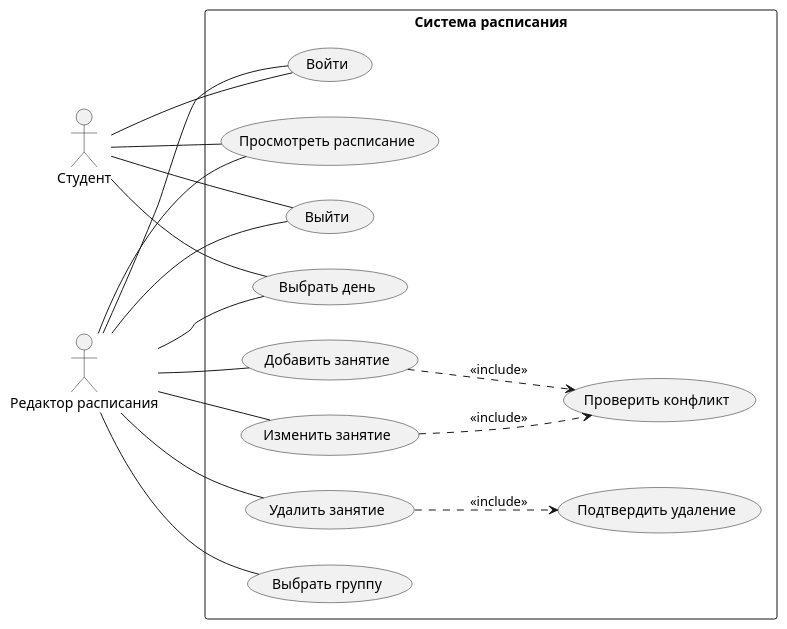
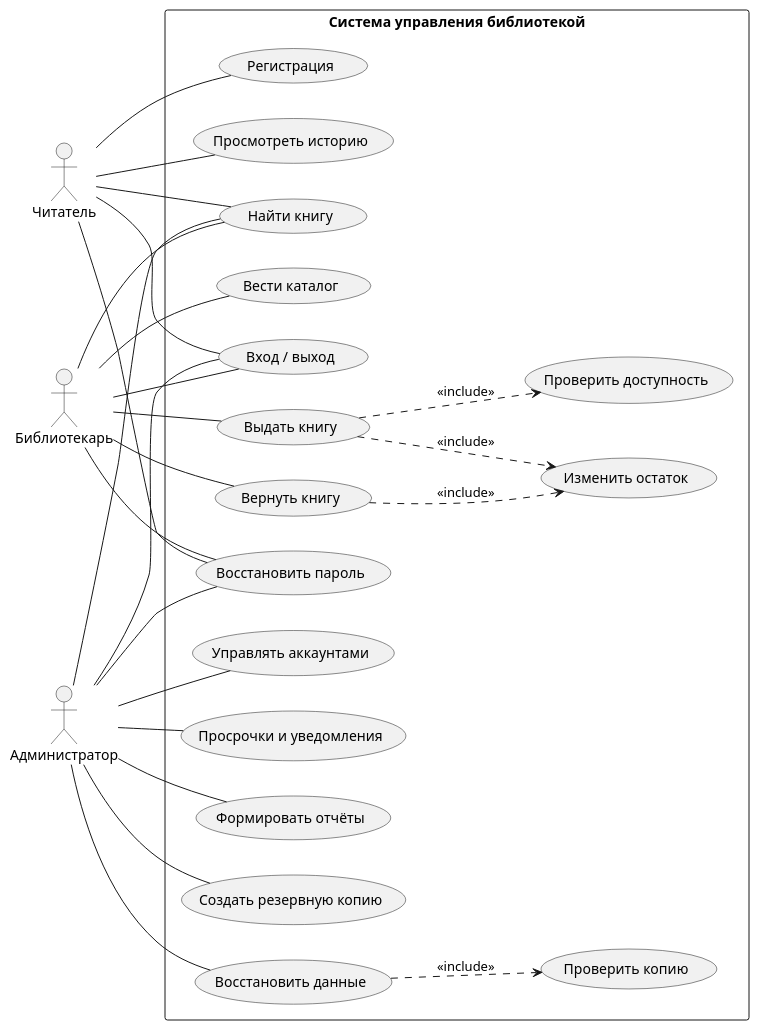
One commit to danmerced/inai-coursework changed the diagram in semester-02/software-engineering/uml/use-case.puml. Above: the diagram before and after it, drawn with PlantUML. The commit also changed 21 other files, not shown here.

```diff
--- a/semester-02/software-engineering/uml/use-case.puml
+++ b/semester-02/software-engineering/uml/use-case.puml
@@ -1,32 +1,47 @@
 @startuml
 left to right direction
-actor "Студент" as Student
-actor "Редактор расписания" as Editor
-rectangle "Система расписания" {
-  usecase "Войти" as Login
-  usecase "Просмотреть расписание" as View
-  usecase "Выбрать день" as Day
-  usecase "Выбрать группу" as Group
-  usecase "Добавить занятие" as Add
-  usecase "Изменить занятие" as Edit
-  usecase "Удалить занятие" as Delete
-  usecase "Проверить конфликт" as Validate
-  usecase "Подтвердить удаление" as Confirm
-  usecase "Выйти" as Logout
+actor "Читатель" as Reader
+actor "Библиотекарь" as Librarian
+actor "Администратор" as Admin
+rectangle "Система управления библиотекой" {
+  usecase "Регистрация" as Register
+  usecase "Вход / выход" as Login
+  usecase "Восстановить пароль" as Password
+  usecase "Найти книгу" as Find
+  usecase "Просмотреть историю" as History
+  usecase "Вести каталог" as Catalog
+  usecase "Выдать книгу" as Issue
+  usecase "Вернуть книгу" as Return
+  usecase "Проверить доступность" as Available
+  usecase "Изменить остаток" as Stock
+  usecase "Управлять аккаунтами" as Accounts
+  usecase "Просрочки и уведомления" as Overdue
+  usecase "Формировать отчёты" as Reports
+  usecase "Создать резервную копию" as Backup
+  usecase "Восстановить данные" as Restore
+  usecase "Проверить копию" as Verify
 }
-Student -- Login
-Student -- View
-Student -- Day
-Student -- Logout
-Editor -- Login
-Editor -- View
-Editor -- Group
-Editor -- Day
-Editor -- Add
-Editor -- Edit
-Editor -- Delete
-Editor -- Logout
-Add ..> Validate : <<include>>
-Edit ..> Validate : <<include>>
-Delete ..> Confirm : <<include>>
+Reader -- Register
+Reader -- Login
+Reader -- Password
+Reader -- Find
+Reader -- History
+Librarian -- Login
+Librarian -- Password
+Librarian -- Find
+Librarian -- Catalog
+Librarian -- Issue
+Librarian -- Return
+Admin -- Login
+Admin -- Password
+Admin -- Find
+Admin -- Accounts
+Admin -- Overdue
+Admin -- Reports
+Admin -- Backup
+Admin -- Restore
+Issue ..> Available : <<include>>
+Issue ..> Stock : <<include>>
+Return ..> Stock : <<include>>
+Restore ..> Verify : <<include>>
 @enduml
```
